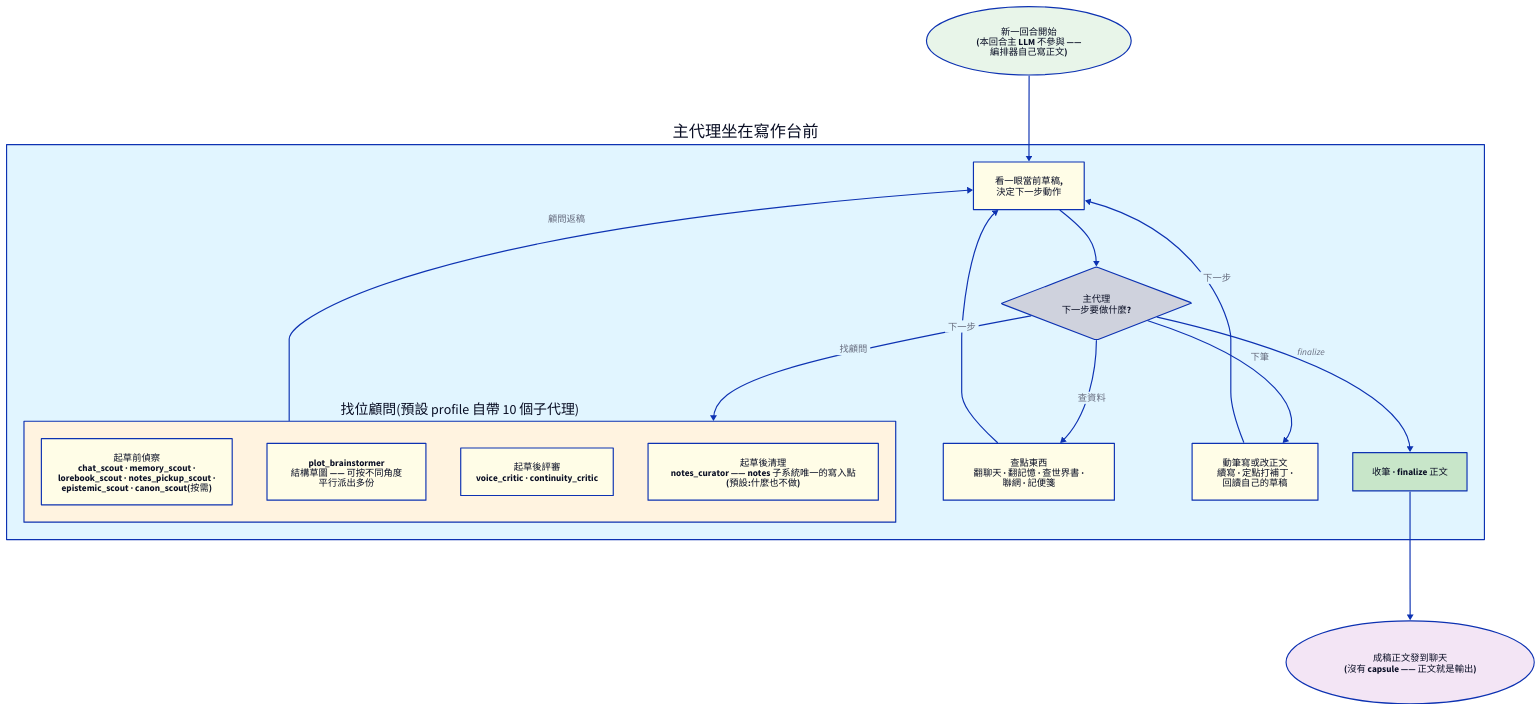
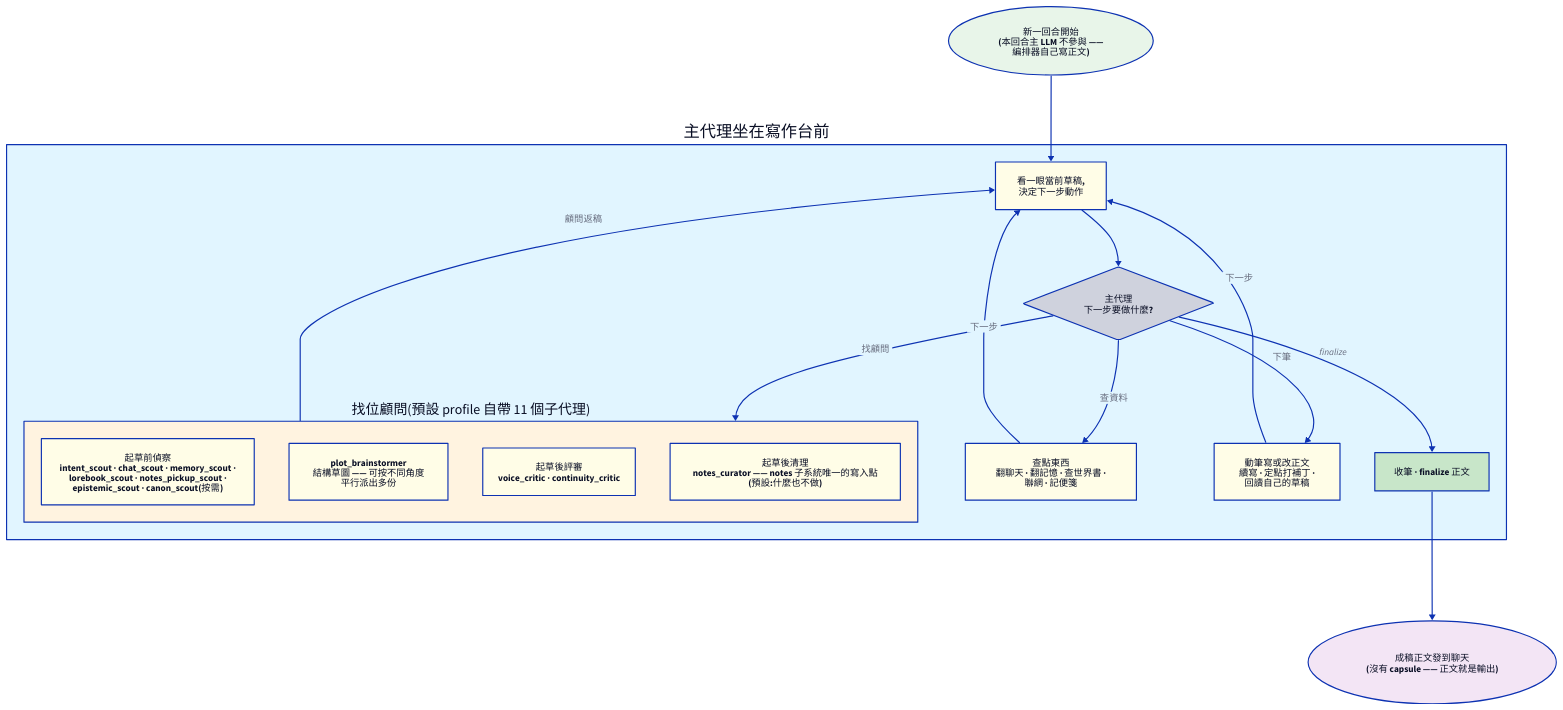
One commit to funnycups/Luker changed the diagram in docs/zh-TW/features/orchestrator/director.md. Above: the diagram before and after it, drawn with D2. The commit also changed other lines of this file and 7 other files, not shown here.

````diff
--- a/docs/zh-TW/features/orchestrator/director.md
+++ b/docs/zh-TW/features/orchestrator/director.md
@@ -66,65 +66,65 @@
 ```d2
 direction: down
 
 start: "新一回合開始\n(本回合主 LLM 不參與 ——\n編排器自己寫正文)" {
   shape: oval
   style.fill: "#e8f5e9"
 }
 
 loop: "主代理坐在寫作台前" {
   style.fill: "#e1f5ff"
 
   think: "看一眼當前草稿,\n決定下一步動作" {
     style.fill: "#fffde7"
   }
 
   decide: "主代理\n下一步要做什麼?" {
     shape: diamond
   }
 
-  consult: "找位顧問(預設 profile 自帶 10 個子代理)" {
+  consult: "找位顧問(預設 profile 自帶 11 個子代理)" {
     style.fill: "#fff3e0"
-    pre: "起草前偵察\nchat_scout · memory_scout ·\nlorebook_scout · notes_pickup_scout ·\nepistemic_scout · canon_scout(按需)" {
+    pre: "起草前偵察\nintent_scout · chat_scout · memory_scout ·\nlorebook_scout · notes_pickup_scout ·\nepistemic_scout · canon_scout(按需)" {
       style.fill: "#fffde7"
     }
     mid: "plot_brainstormer\n結構草圖 —— 可按不同角度\n平行派出多份" {
       style.fill: "#fffde7"
     }
     post: "起草後評審\nvoice_critic · continuity_critic" {
       style.fill: "#fffde7"
     }
     housekeeping: "起草後清理\nnotes_curator —— notes 子系統唯一的寫入點\n(預設:什麼也不做)" {
       style.fill: "#fffde7"
     }
   }
 
   research: "查點東西\n翻聊天 · 翻記憶 · 查世界書 ·\n聯網 · 記便箋" {
     style.fill: "#fffde7"
   }
 
   write: "動筆寫或改正文\n續寫 · 定點打補丁 ·\n回讀自己的草稿" {
     style.fill: "#fffde7"
   }
 
   finalize: "收筆 · finalize 正文" {
     style.fill: "#c8e6c9"
   }
 
   think -> decide
   decide -> consult: "找顧問"
   decide -> research: "查資料"
   decide -> write: "下筆"
   decide -> finalize: "finalize"
   consult -> think: "顧問返稿"
   research -> think: "下一步"
   write -> think: "下一步"
 }
 
 out: "成稿正文發到聊天\n(沒有 capsule —— 正文就是輸出)" {
   shape: oval
   style.fill: "#f3e5f5"
 }
 
 start -> loop.think
 loop.finalize -> out
 ```
````
